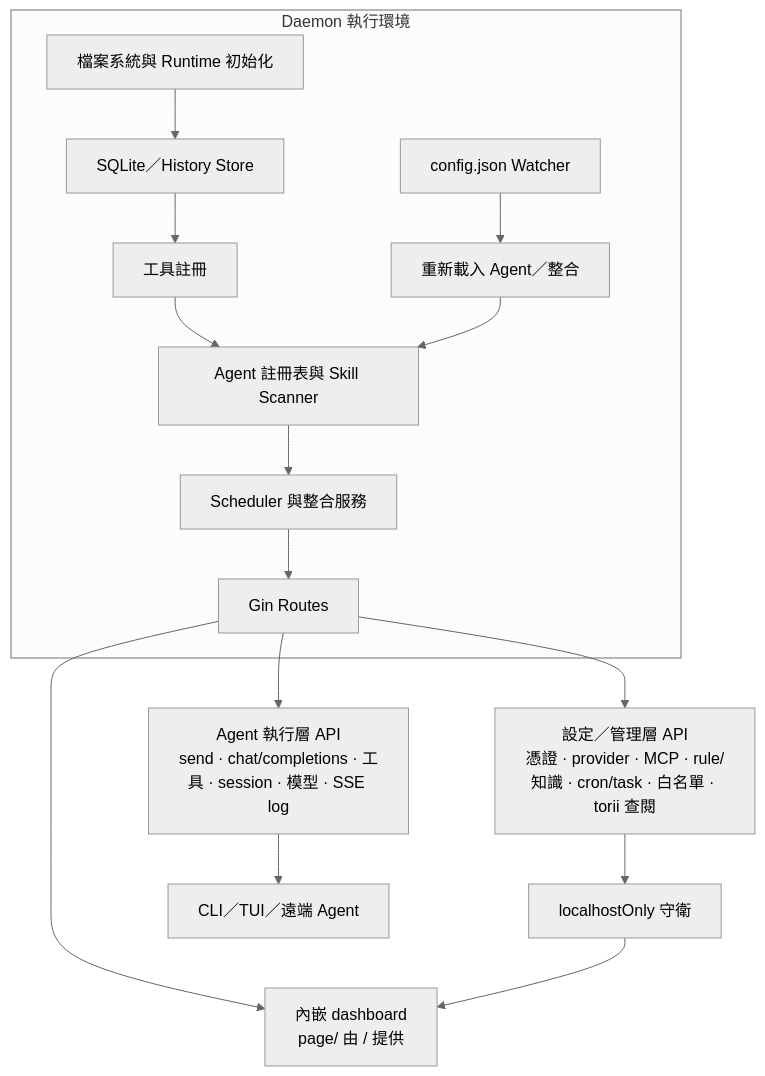
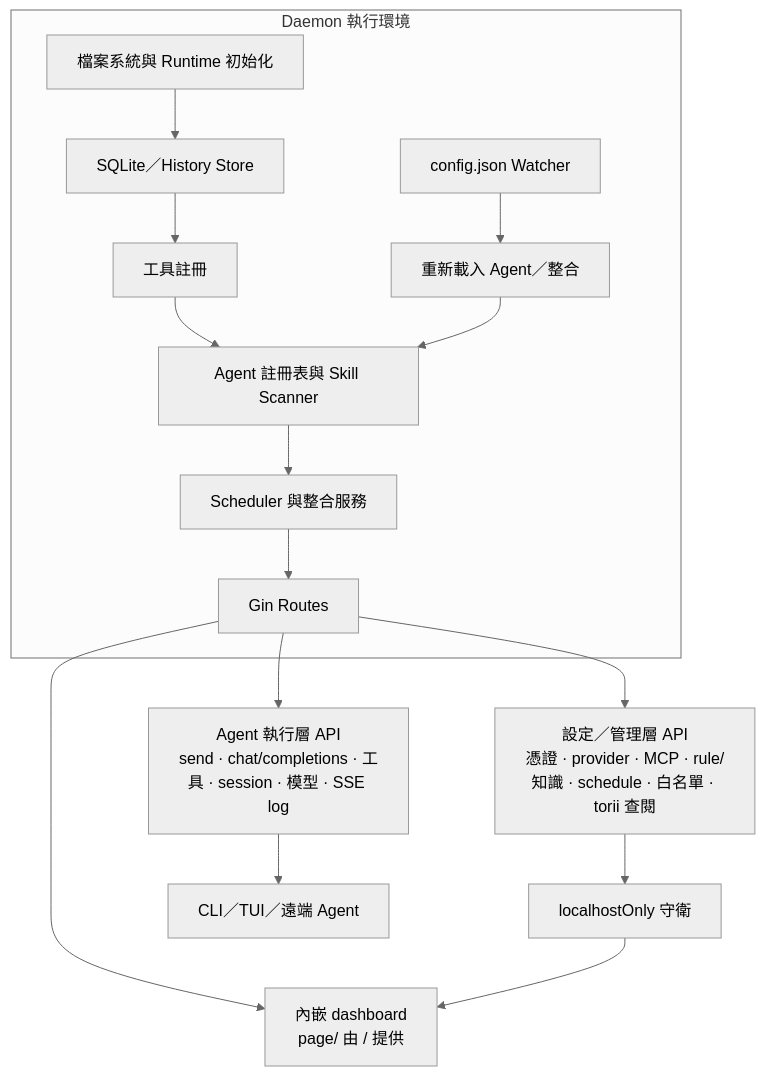
The fourth of 12 diagrams in doc/architecture.zh.md (agenvoy/Agenvoy), drawn with Mermaid (neutral theme) before and after one commit. The commit also changed other lines of this file and 8 other files, not shown here.

Commit message:
doc: Update API and changelog documentation for consolidated runtime routes

````diff
--- a/doc/architecture.zh.md
+++ b/doc/architecture.zh.md
@@ -71,18 +71,18 @@
 ```mermaid
 graph TB
     subgraph Daemon[Daemon 執行環境]
         Init[檔案系統與 Runtime 初始化] --> Storage[SQLite／History Store]
         Storage --> ToolInit[工具註冊]
         ToolInit --> AgentInit[Agent 註冊表與 Skill Scanner]
         AgentInit --> Services[Scheduler 與整合服務]
         Services --> Routes[Gin Routes]
         Config[config.json Watcher] --> Reload[重新載入 Agent／整合]
         Reload --> AgentInit
     end
     Routes --> ExecAPI[Agent 執行層 API<br/>send · chat/completions · 工具 · session · 模型 · SSE log]
-    Routes --> ConfigAPI[設定／管理層 API<br/>憑證 · provider · MCP · rule/知識 · cron/task · 白名單 · torii 查閱]
+    Routes --> ConfigAPI[設定／管理層 API<br/>憑證 · provider · MCP · rule/知識 · schedule · 白名單 · torii 查閱]
     Routes --> Page[內嵌 dashboard<br/>page/ 由 / 提供]
     ConfigAPI --> LocalGuard[localhostOnly 守衛]
     ExecAPI --> Client[CLI／TUI／遠端 Agent]
     LocalGuard --> Page
 ```
````
